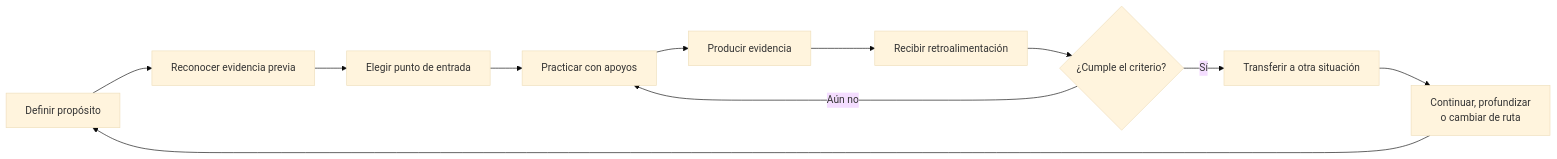
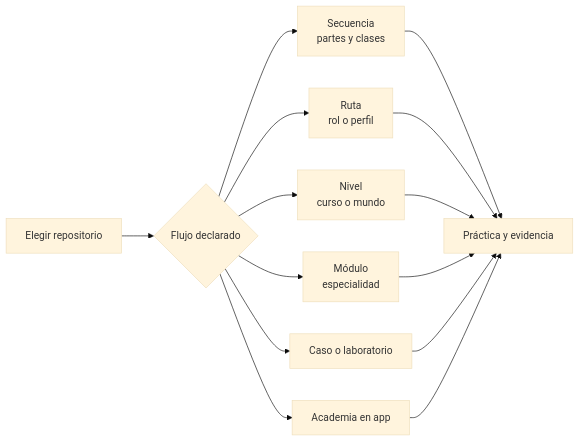
The third of 6 diagrams in docs/ECOSYSTEM_MAP.md (vladimiracunadev-create/lifelong-learning-ecosystem), drawn with Mermaid (base theme) before and after one commit. The commit also changed other lines of this file and 44 other files, not shown here.

Commit message:
docs: rebuild ecosystem around real learning flows

````diff
--- a/docs/ECOSYSTEM_MAP.md
+++ b/docs/ECOSYSTEM_MAP.md
@@ -141,13 +87,16 @@
 ```mermaid
 flowchart LR
-    O[Definir propósito] --> E[Reconocer evidencia previa]
-    E --> G[Elegir punto de entrada]
-    G --> P[Practicar con apoyos]
-    P --> V[Producir evidencia]
-    V --> F[Recibir retroalimentación]
-    F --> D{¿Cumple el criterio?}
-    D -->|Aún no| P
-    D -->|Sí| T[Transferir a otra situación]
-    T --> N[Continuar, profundizar<br/>o cambiar de ruta]
-    N --> O
+    E[Elegir repositorio] --> T{Flujo declarado}
+    T --> S[Secuencia<br/>partes y clases]
+    T --> R[Ruta<br/>rol o perfil]
+    T --> N[Nivel<br/>curso o mundo]
+    T --> M[Módulo<br/>especialidad]
+    T --> L[Caso o laboratorio]
+    T --> A[Academia en app]
+    S --> V[Práctica y evidencia]
+    R --> V
+    N --> V
+    M --> V
+    L --> V
+    A --> V
 ```
````
